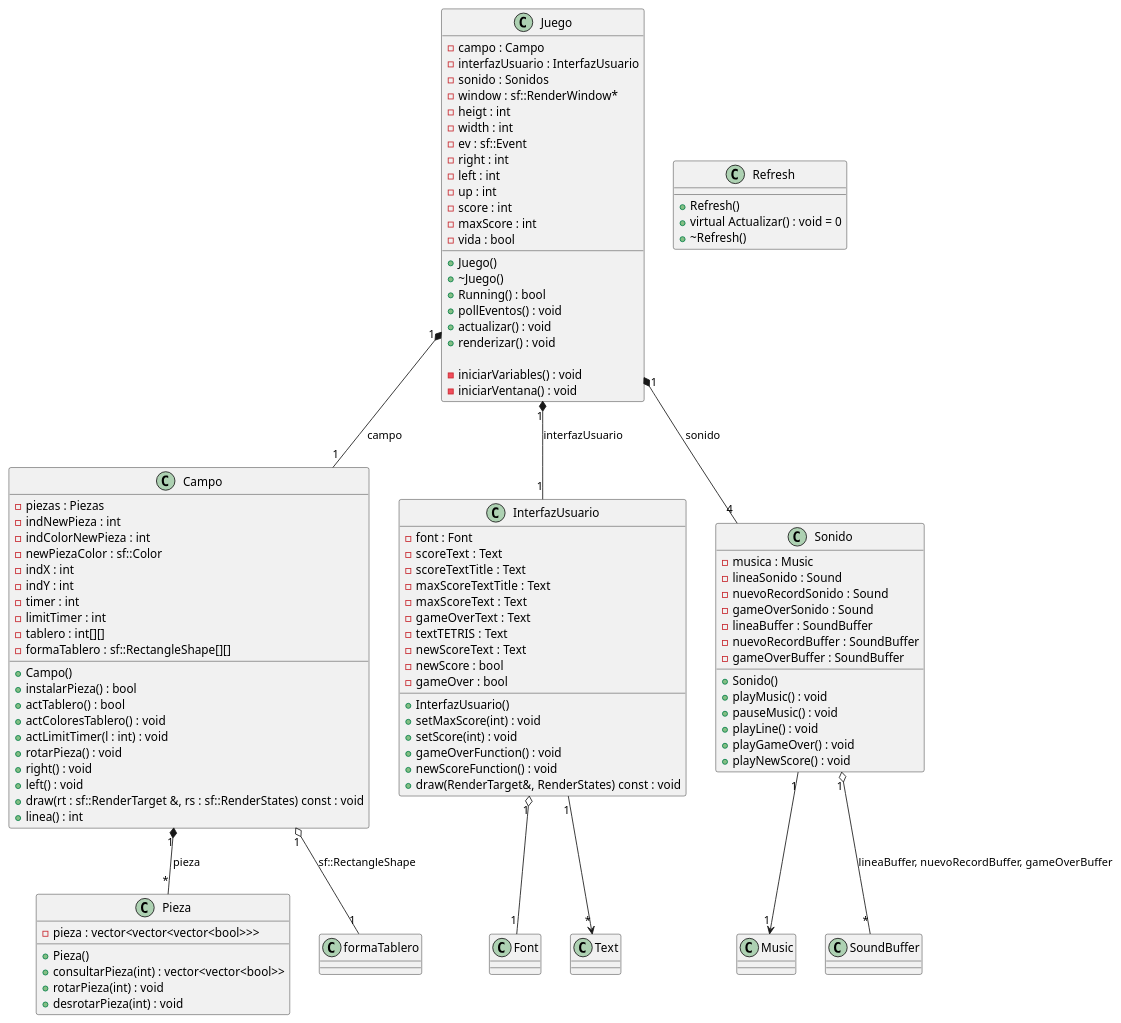
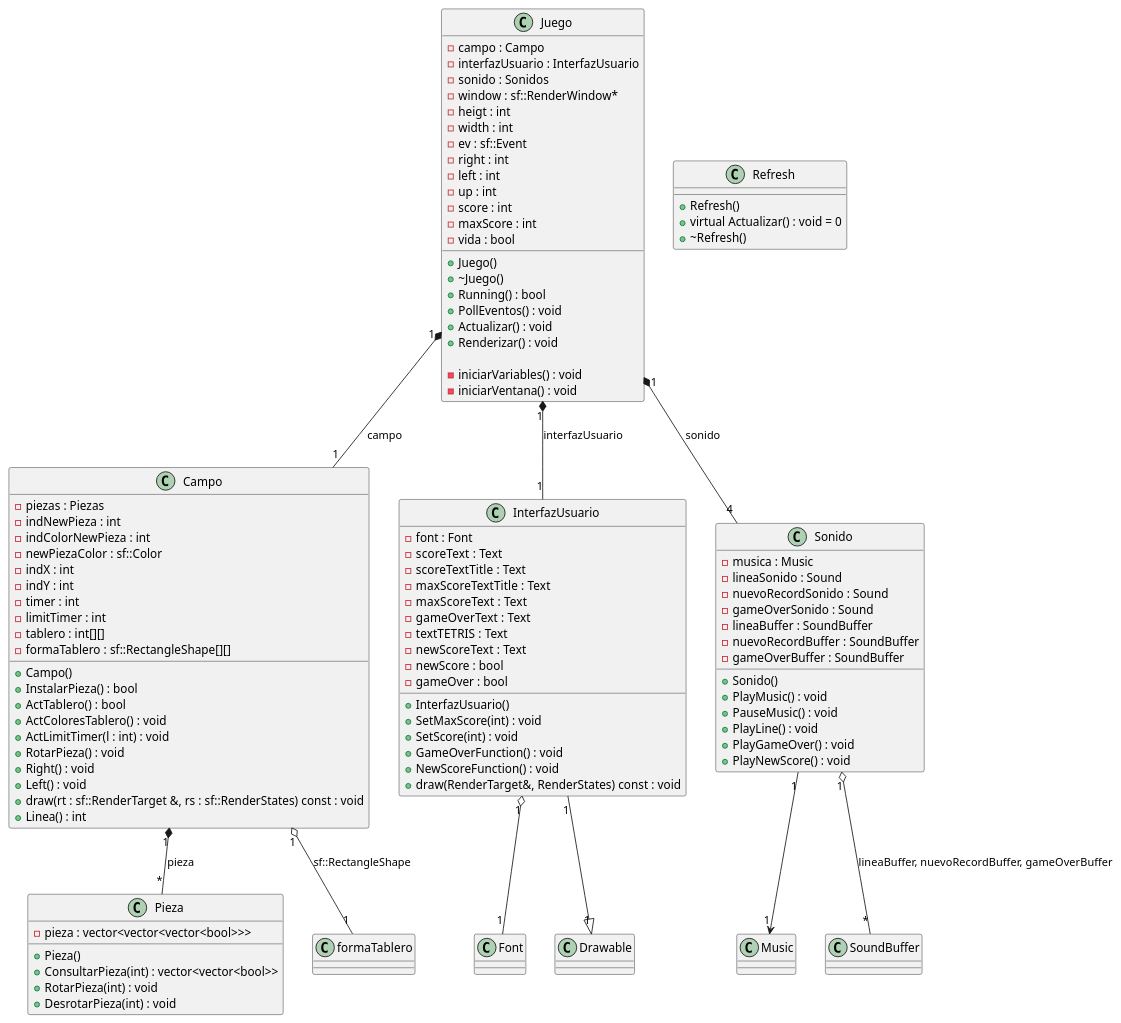
The diagram in docs/tetris.puml (SpyBubbles/Tetris), drawn with PlantUML before and after one commit. The commit also changed 8 other files, not shown here.

```diff
--- a/docs/tetris.puml
+++ b/docs/tetris.puml
@@ -1,115 +1,115 @@
 @startuml Tetris
 
 class Campo {
     - piezas : Piezas
     - indNewPieza : int
     - indColorNewPieza : int
     - newPiezaColor : sf::Color
     - indX : int
     - indY : int
     - timer : int
     - limitTimer : int
     - tablero : int[][]
     - formaTablero : sf::RectangleShape[][]
 
     + Campo()
-    + instalarPieza() : bool
-    + actTablero() : bool
-    + actColoresTablero() : void
-    + actLimitTimer(l : int) : void
-    + rotarPieza() : void
-    + right() : void
-    + left() : void
+    + InstalarPieza() : bool
+    + ActTablero() : bool
+    + ActColoresTablero() : void
+    + ActLimitTimer(l : int) : void
+    + RotarPieza() : void
+    + Right() : void
+    + Left() : void
     + draw(rt : sf::RenderTarget &, rs : sf::RenderStates) const : void
-    + linea() : int
+    + Linea() : int
 }
 
 class InterfazUsuario {
     - font : Font
     - scoreText : Text
     - scoreTextTitle : Text
     - maxScoreTextTitle : Text
     - maxScoreText : Text
     - gameOverText : Text
     - textTETRIS : Text
     - newScoreText : Text
     - newScore : bool
     - gameOver : bool
 
     + InterfazUsuario()
-    + setMaxScore(int) : void
-    + setScore(int) : void
-    + gameOverFunction() : void
-    + newScoreFunction() : void
+    + SetMaxScore(int) : void
+    + SetScore(int) : void
+    + GameOverFunction() : void
+    + NewScoreFunction() : void
     + draw(RenderTarget&, RenderStates) const : void
 }
 
 class Juego {
     - campo : Campo
     - interfazUsuario : InterfazUsuario
     - sonido : Sonidos
     - window : sf::RenderWindow*
     - heigt : int
     - width : int
     - ev : sf::Event
     - right : int
     - left : int
     - up : int
     - score : int
     - maxScore : int
     - vida : bool
 
     + Juego()
     + ~Juego()
     + Running() : bool
-    + pollEventos() : void
-    + actualizar() : void
-    + renderizar() : void
+    + PollEventos() : void
+    + Actualizar() : void
+    + Renderizar() : void
 
     - iniciarVariables() : void
     - iniciarVentana() : void
 }
 
 class Pieza {
     - pieza : vector<vector<vector<bool>>>
 
     + Pieza()
-    + consultarPieza(int) : vector<vector<bool>>
-    + rotarPieza(int) : void
-    + desrotarPieza(int) : void
+    + ConsultarPieza(int) : vector<vector<bool>>
+    + RotarPieza(int) : void
+    + DesrotarPieza(int) : void
 }
 
 class Refresh {
     + Refresh()
     + virtual Actualizar() : void = 0
     + ~Refresh()
 }
 
 class Sonido {
     - musica : Music
     - lineaSonido : Sound
     - nuevoRecordSonido : Sound
     - gameOverSonido : Sound
     - lineaBuffer : SoundBuffer
     - nuevoRecordBuffer : SoundBuffer
     - gameOverBuffer : SoundBuffer
 
     + Sonido()
-    + playMusic() : void
-    + pauseMusic() : void
-    + playLine() : void
-    + playGameOver() : void
-    + playNewScore() : void
+    + PlayMusic() : void
+    + PauseMusic() : void
+    + PlayLine() : void
+    + PlayGameOver() : void
+    + PlayNewScore() : void
 }
 
 Juego "1" *-- "1" Campo: campo 
 Juego "1" *-- "1" InterfazUsuario: interfazUsuario 
 Juego "1" *-- "4" Sonido: sonido 
 Campo "1" *-- "*" Pieza: pieza
 Campo "1" o-- "1" formaTablero: "sf::RectangleShape" 
 Sonido "1" --> "1" Music
 Sonido "1" o-- "*" SoundBuffer: "lineaBuffer, nuevoRecordBuffer, gameOverBuffer"
 InterfazUsuario "1" o-- "1" Font
-InterfazUsuario "1" --> "*" Text
+InterfazUsuario "1" --|> "1" Drawable
 
 @enduml
```
